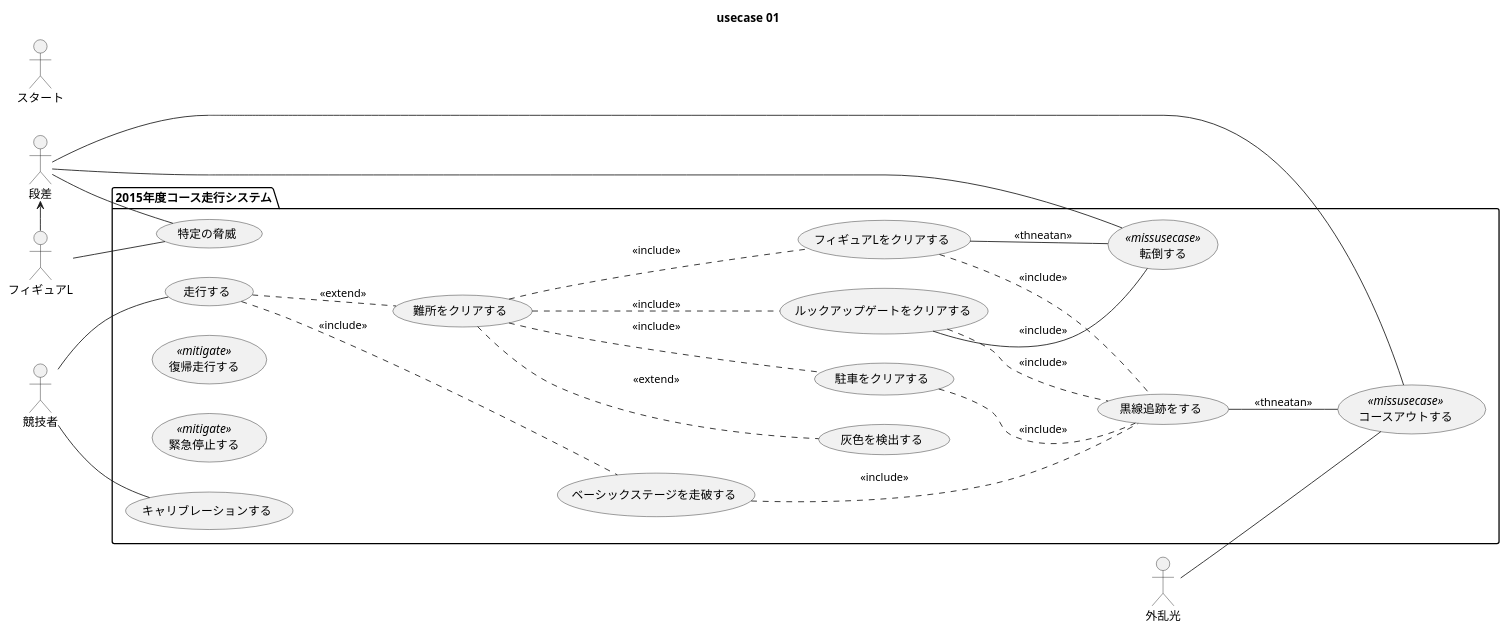
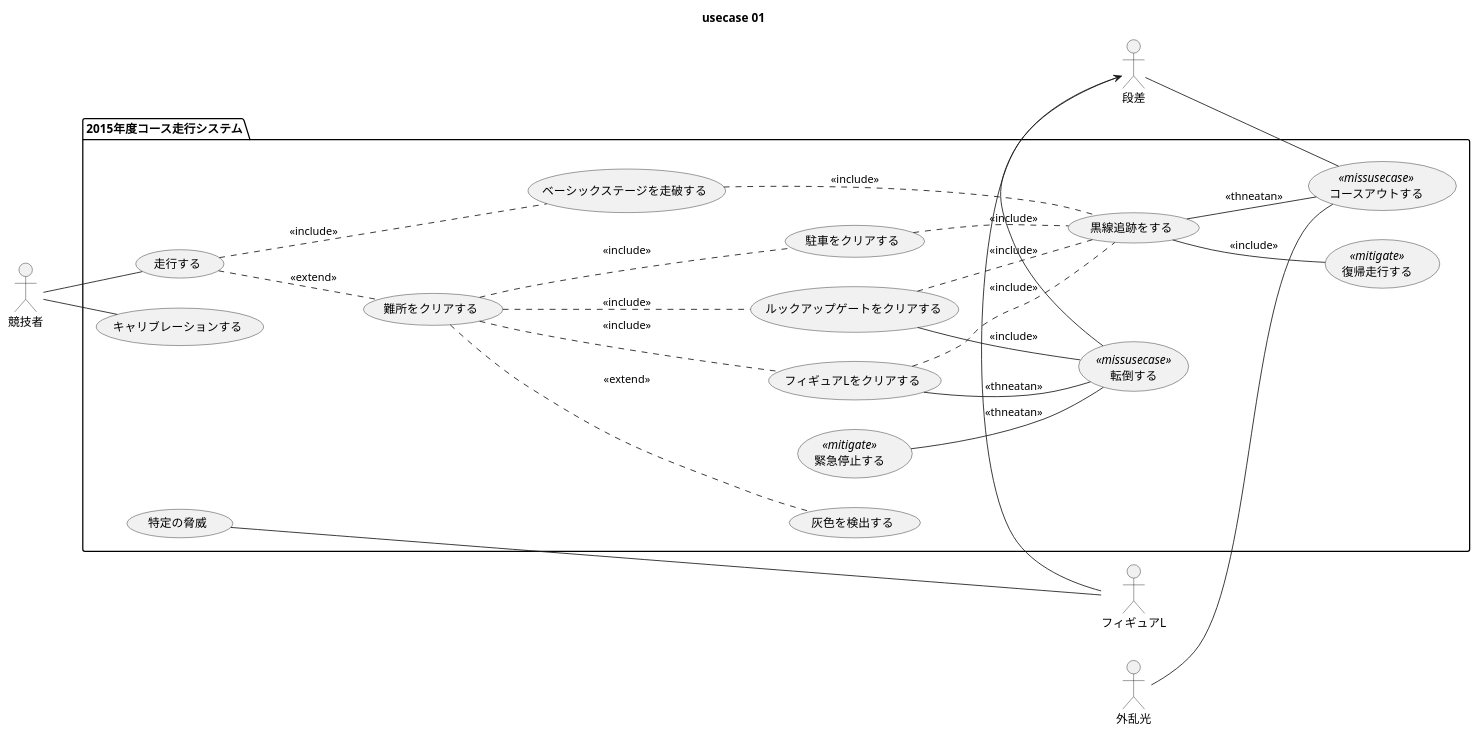
Before and after one commit to SLP-KBIT/ETR2015: the diagram in diagram/usecase/02/usecase.pu, drawn with PlantUML. The commit also changed 1 other file, not shown here.

```diff
--- a/diagram/usecase/02/usecase.pu
+++ b/diagram/usecase/02/usecase.pu
@@ -1,55 +1,56 @@
 @startuml
 
 title usecase 01
 
 actor 競技者 as user
-actor スタート as robo
 actor 外乱光 as light
 actor 段差 as ste
 actor フィギュアL as figyuaL
 
 left to right direction
 
 package "2015年度コース走行システム" {
 
     usecase 走行する as run
     usecase 難所をクリアする as obs
     usecase キャリブレーションする as calib
     usecase ベーシックステージを走破する as basic
     usecase フィギュアLをクリアする as figy
     usecase ルックアップゲートをクリアする as gate
     usecase 駐車をクリアする as park
     usecase 黒線追跡をする as trace
     usecase 灰色を検出する as glay
     usecase 復帰走行する as buckrun <<mitigate>>
     usecase コースアウトする as courseout <<missusecase>>
     usecase 転倒する as invert <<missusecase>>
     usecase 緊急停止する as emargencystop <<mitigate>>
     usecase 特定の脅威 as trouble
 
 }
 
 user -- run
 user -- calib
 run  .. obs   : <<extend>>
 run  .. basic : <<include>>
 obs  .. figy  : <<include>>
 obs  .. gate  : <<include>>
 obs  .. park  : <<include>>
 basic .. trace: <<include>>
 park .. trace : <<include>>
 gate .. trace : <<include>>
 figy .. trace : <<include>>
 obs .. glay   : <<extend>>
 
 ste <- figyuaL
 trace -- courseout : <<thneatan>>
 figy  -- invert    : <<thneatan>>
 gate  -- invert    : <<include>>
 figyuaL -- trouble 
-ste -- trouble
+
 light -- courseout
 ste -- courseout
 invert -- ste
+trace --buckrun : <<include>>
+emargencystop --invert : <<thneatan>>
 
 @enduml
```
